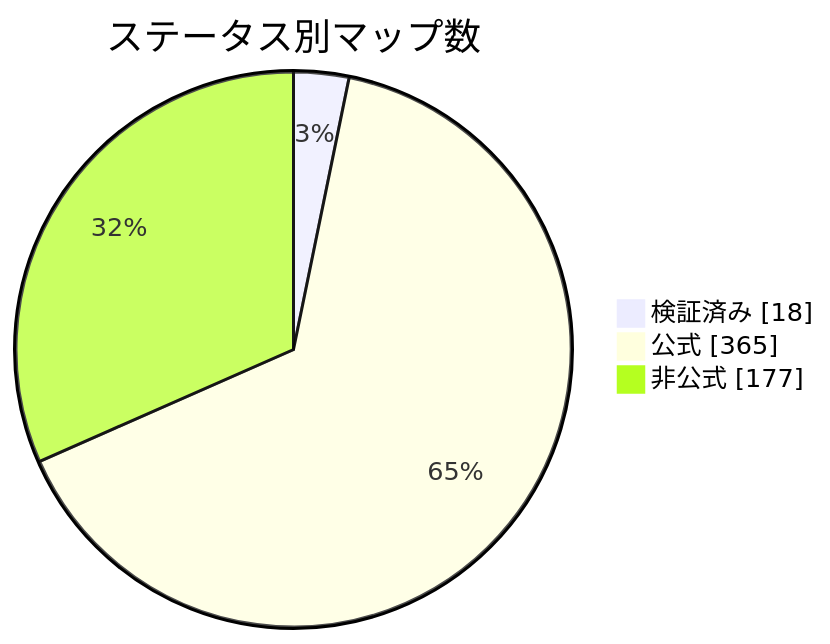
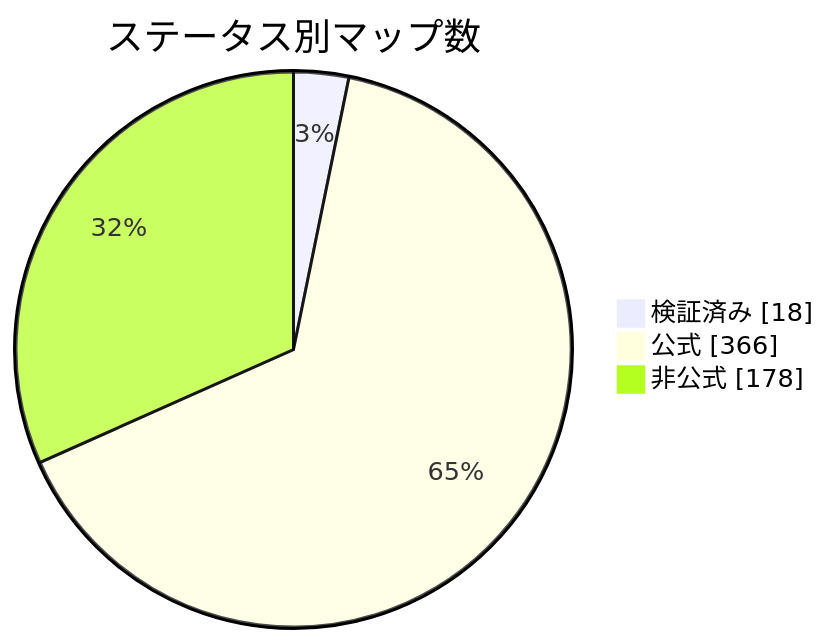
One commit to nobrega8/mbmap-library changed the diagram in docs/readme/README_JP.md. Above: the diagram before and after it, drawn with Mermaid. The commit also changed 7 other files, not shown here.

````diff
--- a/docs/readme/README_JP.md
+++ b/docs/readme/README_JP.md
@@ -54,7 +54,7 @@
 ```mermaid
 pie showData
     title ステータス別マップ数
     "検証済み" : 18
-    "公式" : 365
-    "非公式" : 177
+    "公式" : 366
+    "非公式" : 178
 ```
````
